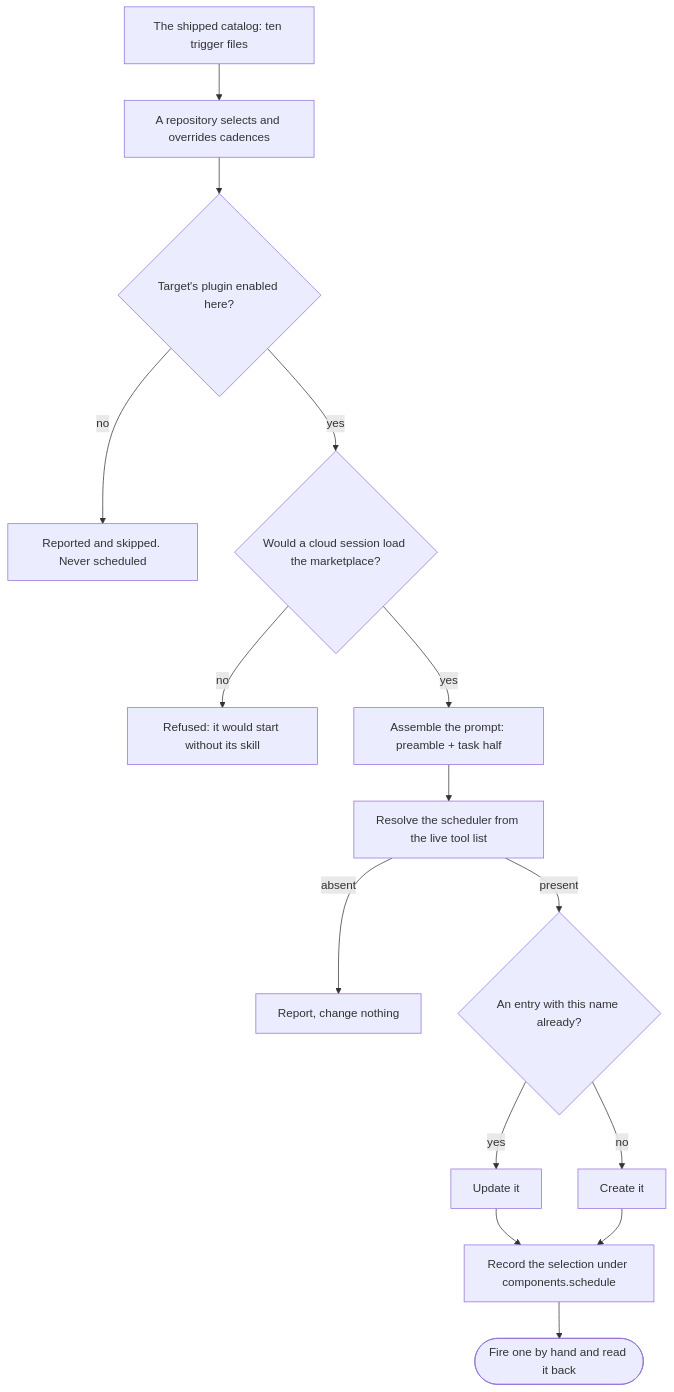
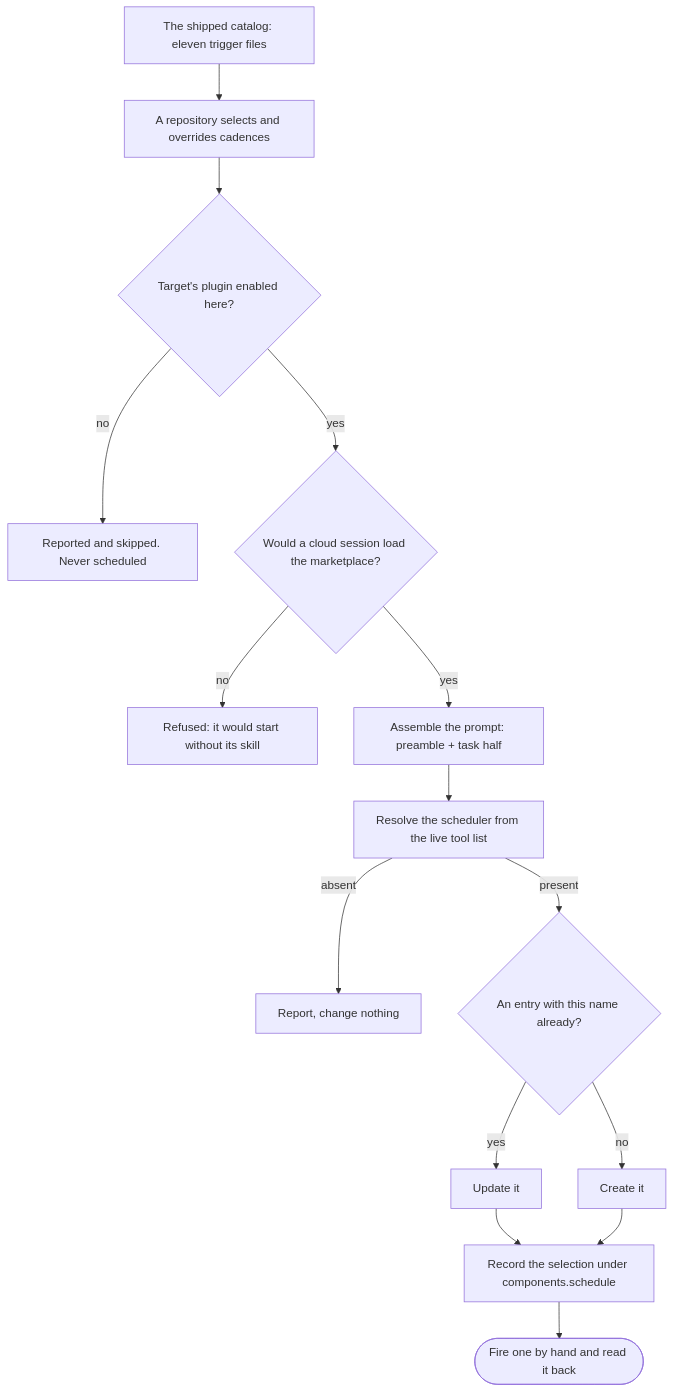
The first of 2 diagrams in .devbook/domain/delivery-schedule/flow.md (JSdotNet/devbook), drawn with Mermaid before and after one commit. The commit also changed 12 other files, not shown here.

````diff
--- a/.devbook/domain/delivery-schedule/flow.md
+++ b/.devbook/domain/delivery-schedule/flow.md
@@ -15,17 +15,17 @@
 ```mermaid
 flowchart TD
-    catalog["The shipped catalog: ten trigger files"] --> select["A repository selects and overrides cadences"]
+    catalog["The shipped catalog: eleven trigger files"] --> select["A repository selects and overrides cadences"]
     select --> enabled{"Target's plugin enabled here?"}
     enabled -->|no| skipped["Reported and skipped. Never scheduled"]
     enabled -->|yes| settings{"Would a cloud session load the marketplace?"}
     settings -->|no| refused["Refused: it would start without its skill"]
     settings -->|yes| assemble["Assemble the prompt: preamble + task half"]
     assemble --> resolve["Resolve the scheduler from the live tool list"]
     resolve -->|absent| noop["Report, change nothing"]
     resolve -->|present| match{"An entry with this name already?"}
     match -->|yes| update["Update it"]
     match -->|no| create["Create it"]
     update --> stamp["Record the selection under components.schedule"]
     create --> stamp
     stamp --> prove(["Fire one by hand and read it back"])
 ```
````
